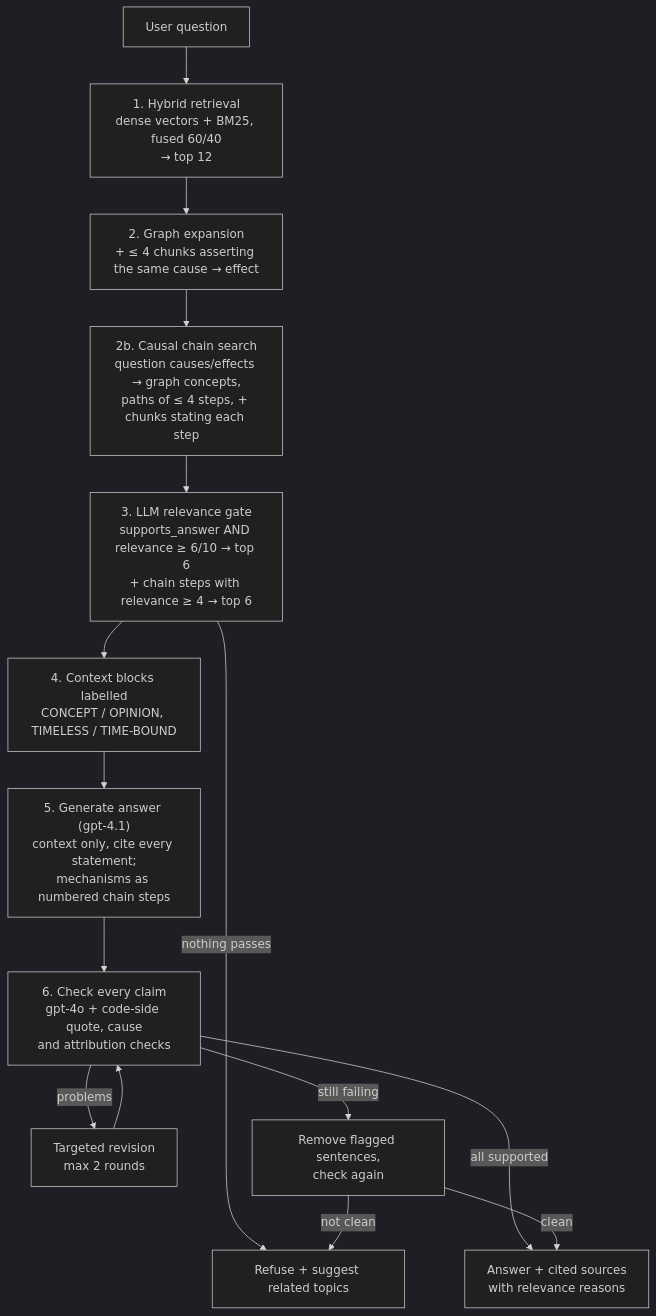
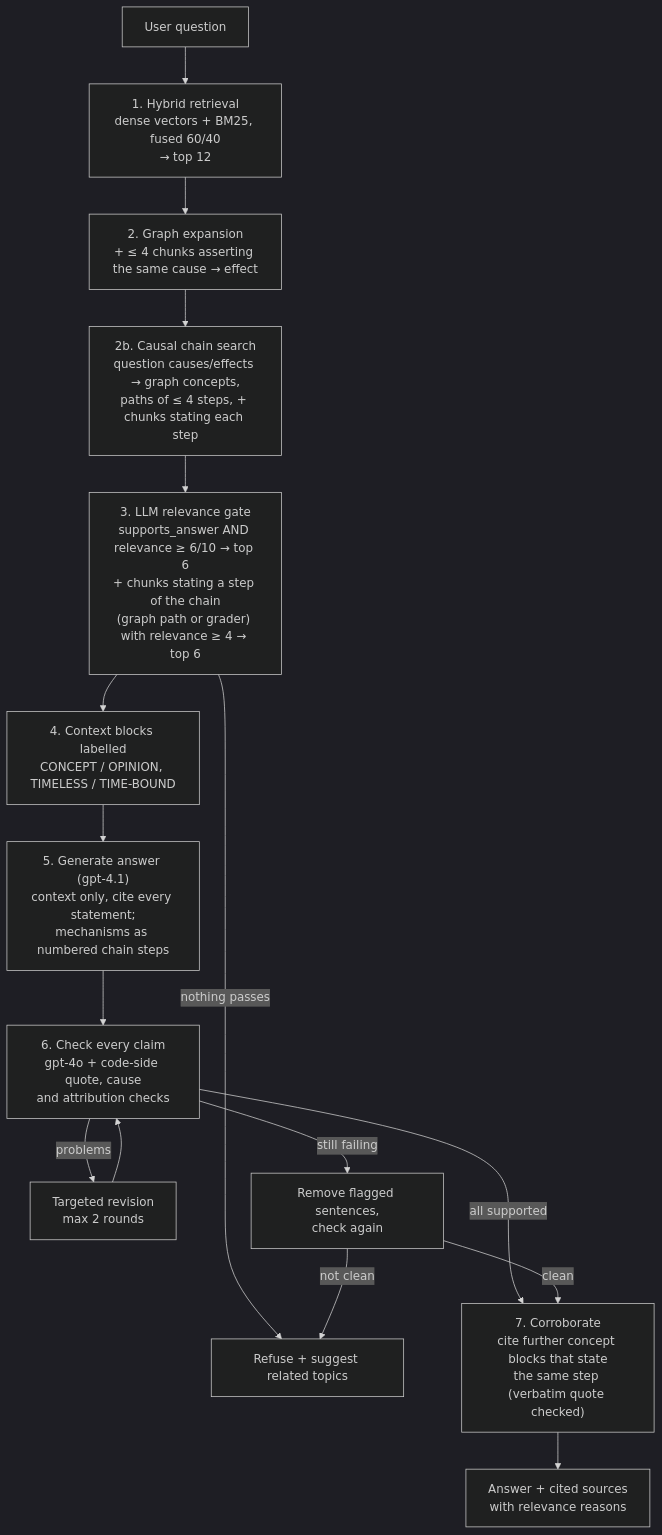
The second of 3 diagrams in README.md (HaukeHoppe/MjoellnirAI), drawn with Mermaid (dark theme) before and after one commit. The commit also changed other lines of this file, not shown here.

Commit message:
feat(capital): build chain answers from several sources
Answers mostly cited a single source: the grader judged each chunk
against the whole question, so chunks stating only one step of the chain
were dropped, and the answer model kept to the one chain text covering
the most. The grader now marks chunks that state a step of the asked
chain (states_step); they pass with the lower chain relevance bar. The
answer prompt asks to cite every block stating a step, and after the
check a corroboration step adds further concept blocks to an answer
line when a verbatim quote from exactly that block states the same.

eval_chains.py: tuning 3.3 sources per answer (1.7), single-source
answers 2/15 (9/15); validation 2.7 sources (1.1), complete chains
10/20 (8/20), refusals 1/20 (5/20), controls 3/3.

````diff
--- a/README.md
+++ b/README.md
@@ -67,17 +67,18 @@
 ```mermaid
 flowchart TD
     Q[User question] --> R["1. Hybrid retrieval<br/>dense vectors + BM25, fused 60/40<br/>→ top 12"]
     R --> GX["2. Graph expansion<br/>+ ≤ 4 chunks asserting the same cause → effect"]
     GX --> CS["2b. Causal chain search<br/>question causes/effects → graph concepts,<br/>paths of ≤ 4 steps, + chunks stating each step"]
-    CS --> GR["3. LLM relevance gate<br/>supports_answer AND relevance ≥ 6/10 → top 6<br/>+ chain steps with relevance ≥ 4 → top 6"]
+    CS --> GR["3. LLM relevance gate<br/>supports_answer AND relevance ≥ 6/10 → top 6<br/>+ chunks stating a step of the chain<br/>(graph path or grader) with relevance ≥ 4 → top 6"]
     GR -->|nothing passes| NA[Refuse + suggest related topics]
     GR --> CTX["4. Context blocks labelled<br/>CONCEPT / OPINION, TIMELESS / TIME-BOUND"]
     CTX --> GEN["5. Generate answer (gpt-4.1)<br/>context only, cite every statement;<br/>mechanisms as numbered chain steps"]
     GEN --> CHK["6. Check every claim<br/>gpt-4o + code-side quote, cause<br/>and attribution checks"]
-    CHK -->|all supported| OUT["Answer + cited sources<br/>with relevance reasons"]
+    CHK -->|all supported| COR["7. Corroborate<br/>cite further concept blocks that state<br/>the same step (verbatim quote checked)"]
+    COR --> OUT["Answer + cited sources<br/>with relevance reasons"]
     CHK -->|problems| REV["Targeted revision<br/>max 2 rounds"]
     REV --> CHK
     CHK -->|still failing| TRIM["Remove flagged sentences,<br/>check again"]
-    TRIM -->|clean| OUT
+    TRIM -->|clean| COR
     TRIM -->|not clean| NA
 ```
````
